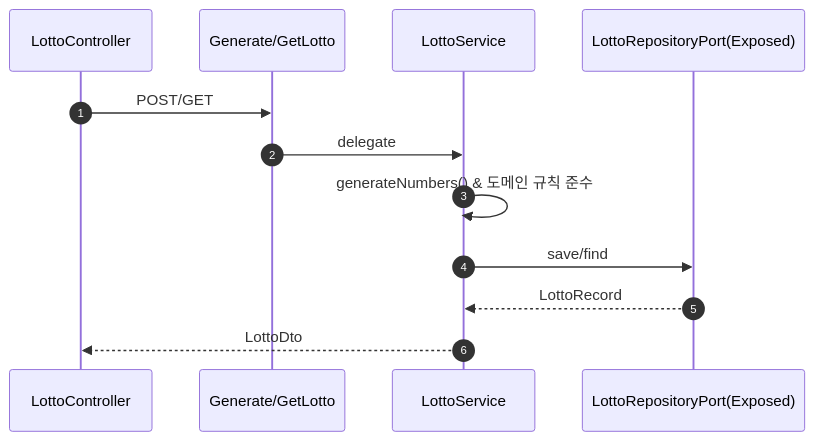
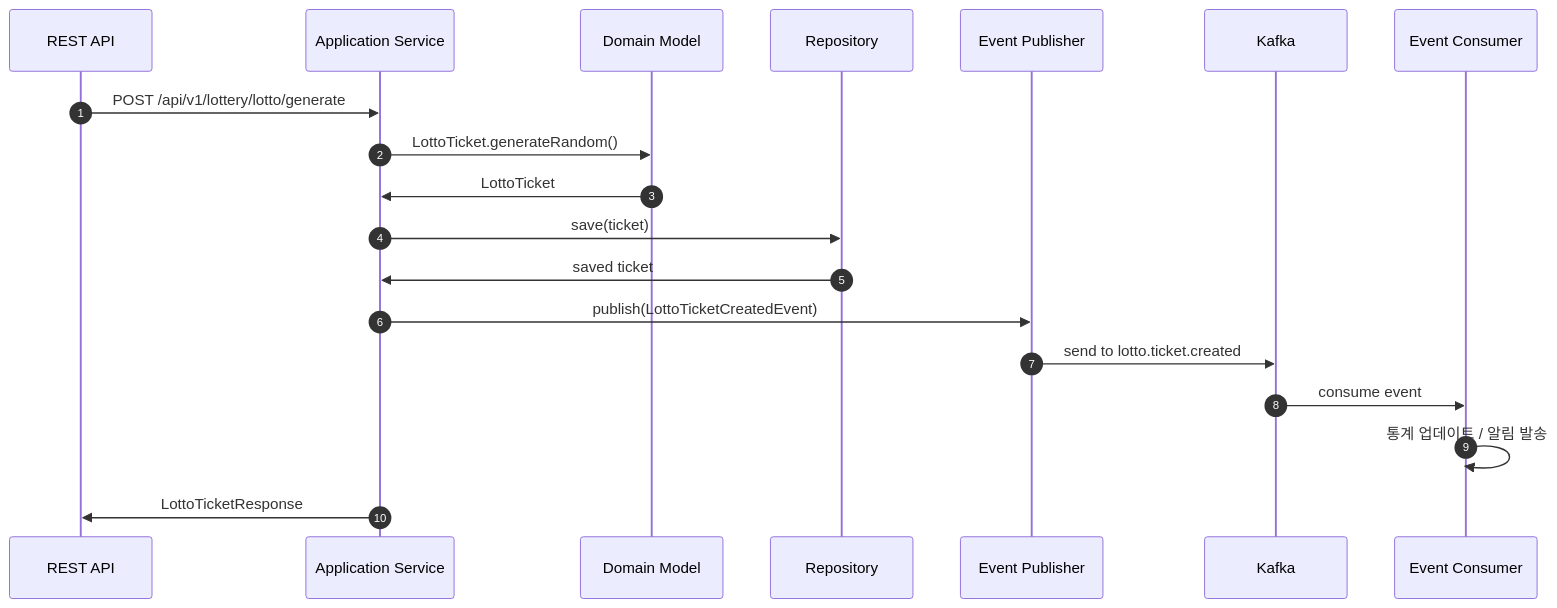
Before and after one commit to YouSangSon/rest_server: diagram 11 of 21 in ARCHITECTURE.md, drawn with Mermaid. The commit also changed other lines of this file and 1 other file, not shown here.

First line of the commit message:
docs: enhance documentation with comprehensive Mermaid diagrams for better readability

````diff
--- a/ARCHITECTURE.md
+++ b/ARCHITECTURE.md
@@ -137,14 +441,22 @@
 ```mermaid
 sequenceDiagram
-  autonumber
-  participant C as LottoController
-  participant UC as Generate/GetLotto
-  participant S as LottoService
-  participant R as LottoRepositoryPort(Exposed)
-  C->>UC: POST/GET
-  UC->>S: delegate
-  S->>S: generateNumbers() & 도메인 규칙 준수
-  S->>R: save/find
-  R-->>S: LottoRecord
-  S-->>C: LottoDto
+    autonumber
+    participant API as REST API
+    participant Service as Application Service
+    participant Domain as Domain Model
+    participant Repo as Repository
+    participant Event as Event Publisher
+    participant Kafka as Kafka
+    participant Consumer as Event Consumer
+
+    API->>Service: POST /api/v1/lottery/lotto/generate
+    Service->>Domain: LottoTicket.generateRandom()
+    Domain->>Service: LottoTicket
+    Service->>Repo: save(ticket)
+    Repo->>Service: saved ticket
+    Service->>Event: publish(LottoTicketCreatedEvent)
+    Event->>Kafka: send to lotto.ticket.created
+    Kafka->>Consumer: consume event
+    Consumer->>Consumer: 통계 업데이트 / 알림 발송
+    Service->>API: LottoTicketResponse
 ```
````
